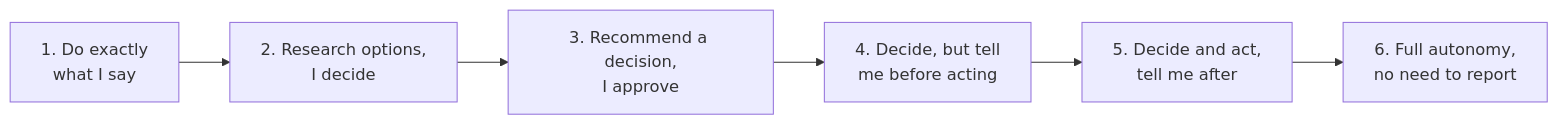
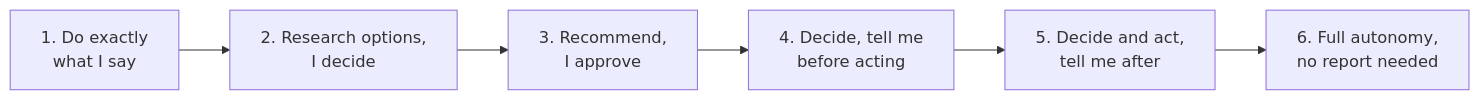
One commit to francoandreDev/knowledge changed the first of 2 diagrams in src/content/people-management/delegation-levels/L2-concept.mdx. Above: the diagram before and after it, drawn with Mermaid. The commit also changed other lines of this file and 36 other files, not shown here.

````diff
--- a/src/content/people-management/delegation-levels/L2-concept.mdx
+++ b/src/content/people-management/delegation-levels/L2-concept.mdx
@@ -26,8 +28,8 @@
 ```mermaid
 flowchart LR
-    A["1. Do exactly\nwhat I say"] --> B["2. Research options,\nI decide"]
-    B --> C["3. Recommend a decision,\nI approve"]
-    C --> D["4. Decide, but tell\nme before acting"]
-    D --> E["5. Decide and act,\ntell me after"]
-    E --> F["6. Full autonomy,\nno need to report"]
+    A["1. Do exactly<br/>what I say"] --> B["2. Research options,<br/>I decide"]
+    B --> C["3. Recommend,<br/>I approve"]
+    C --> D["4. Decide, tell me<br/>before acting"]
+    D --> E["5. Decide and act,<br/>tell me after"]
+    E --> F["6. Full autonomy,<br/>no report needed"]
 ```
````
